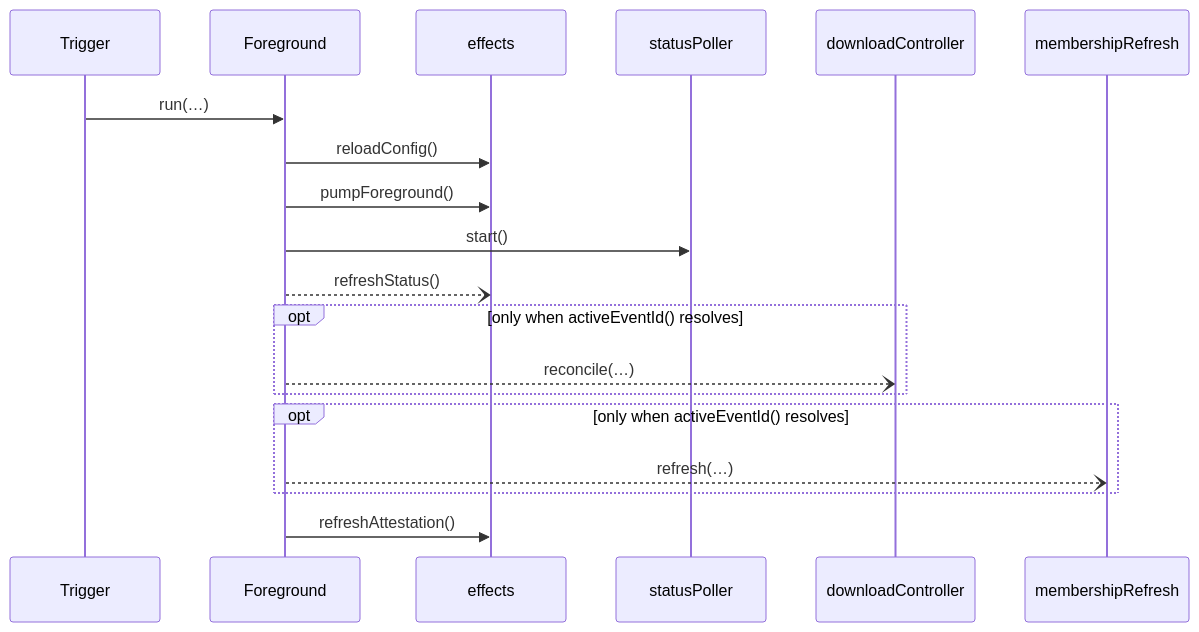
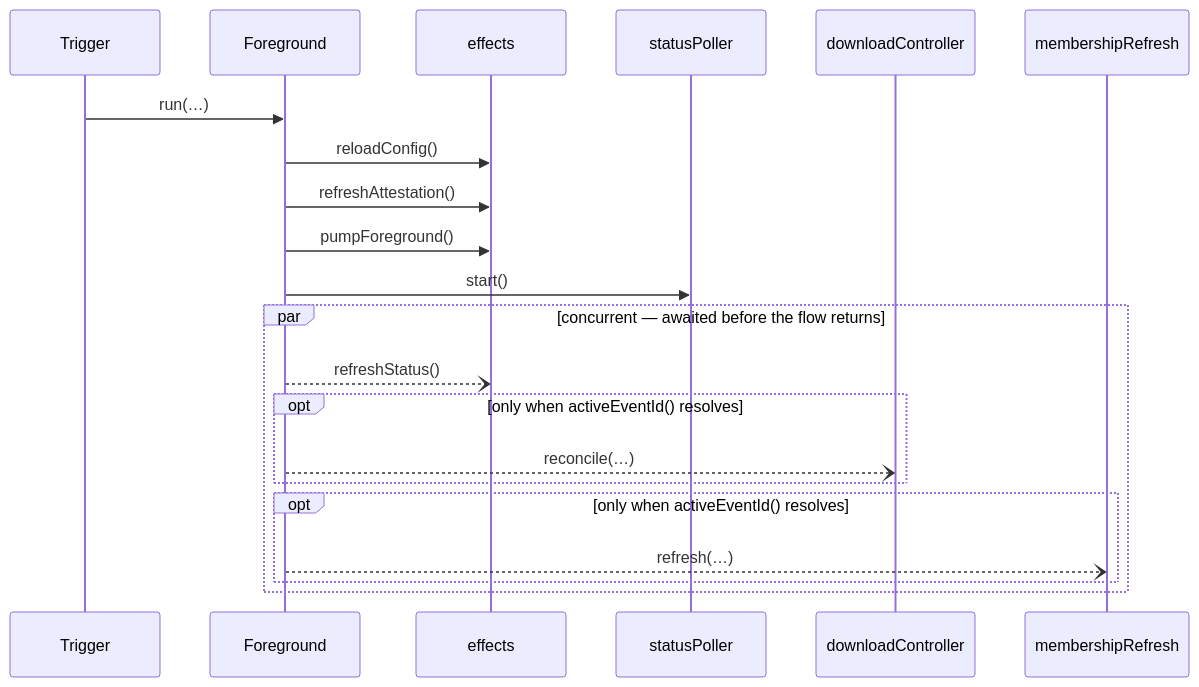
Before and after one commit to stefanhoelzl/SnapSync: the diagram in architecture/flows/Foreground.md, drawn with Mermaid. The commit also changed other lines of this file and 30 other files, not shown here.

````diff
--- a/architecture/flows/Foreground.md
+++ b/architecture/flows/Foreground.md
@@ -14,21 +14,23 @@
 ```mermaid
 sequenceDiagram
   participant Trigger
   participant Foreground
   participant effects
   participant statusPoller
   participant downloadController
   participant membershipRefresh
   Trigger->>Foreground: run(…)
   Foreground->>effects: reloadConfig()
+  Foreground->>effects: refreshAttestation()
   Foreground->>effects: pumpForeground()
   Foreground->>statusPoller: start()
-  Foreground--)effects: refreshStatus()
-  opt only when activeEventId() resolves
-    Foreground--)downloadController: reconcile(…)
+  par concurrent — awaited before the flow returns
+    Foreground--)effects: refreshStatus()
+    opt only when activeEventId() resolves
+      Foreground--)downloadController: reconcile(…)
+    end
+    opt only when activeEventId() resolves
+      Foreground--)membershipRefresh: refresh(…)
+    end
   end
-  opt only when activeEventId() resolves
-    Foreground--)membershipRefresh: refresh(…)
-  end
-  Foreground->>effects: refreshAttestation()
 ```
````
